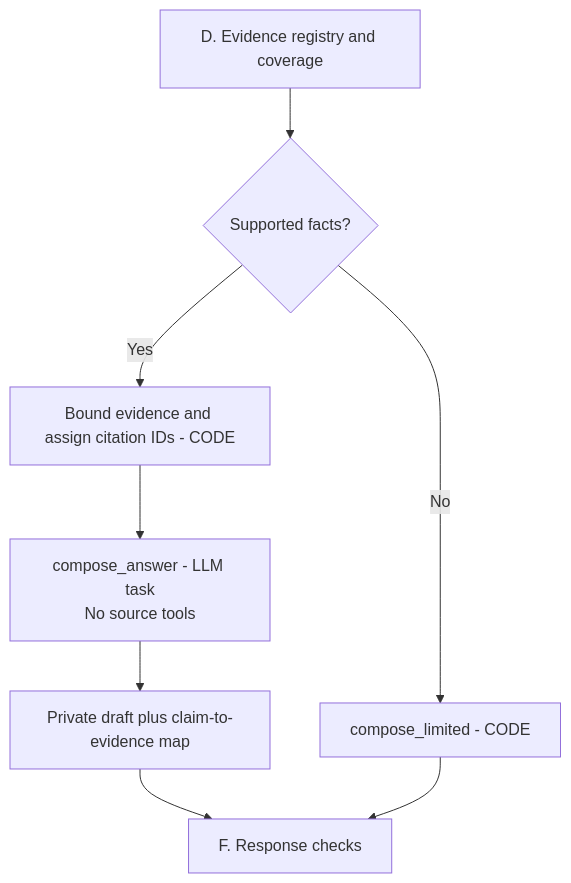
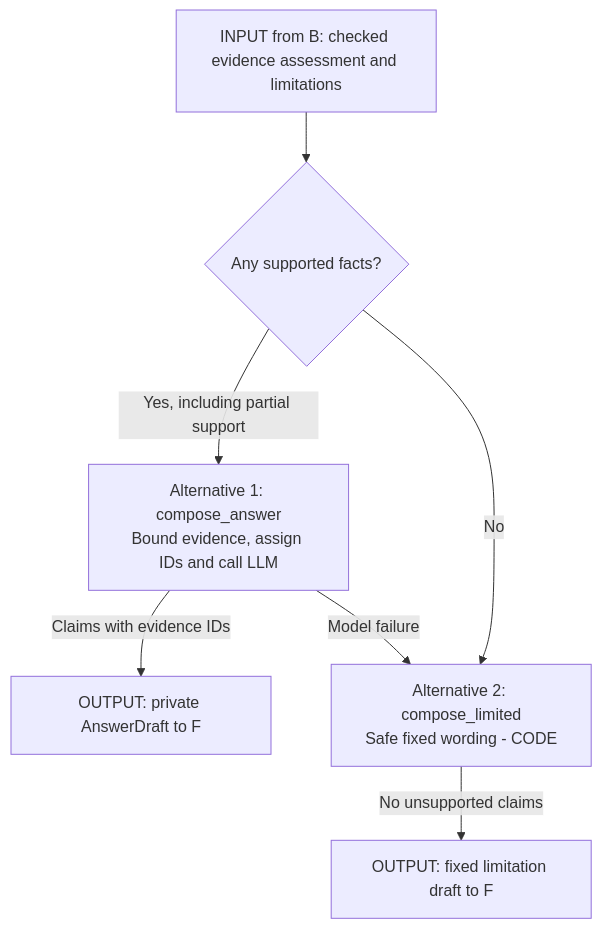
The eighth of 10 diagrams in docs/architecture/low-level-design.md (piyushmaps/interview_proj), drawn with Mermaid before and after one commit. The commit also changed other lines of this file, not shown here.

````diff
--- a/docs/architecture/low-level-design.md
+++ b/docs/architecture/low-level-design.md
@@ -724,10 +833,9 @@
 ```mermaid
 flowchart TD
-    IN[D. Evidence registry and coverage] --> HAS{Supported facts?}
-    HAS -->|Yes| PROMPT[Bound evidence and assign citation IDs - CODE]
-    PROMPT --> MODEL[compose_answer - LLM task<br/>No source tools]
-    MODEL --> PRIVATE[Private draft plus claim-to-evidence map]
-    HAS -->|No| LIMITED[compose_limited - CODE]
-    PRIVATE --> F[F. Response checks]
-    LIMITED --> F
+    IN[INPUT from B: checked evidence assessment and limitations] --> HAS{Any supported facts?}
+    HAS -->|Yes, including partial support| MODEL[Alternative 1: compose_answer<br/>Bound evidence, assign IDs and call LLM]
+    MODEL -->|Claims with evidence IDs| PRIVATE[OUTPUT: private AnswerDraft to F]
+    MODEL -->|Model failure| LIMITED[Alternative 2: compose_limited<br/>Safe fixed wording - CODE]
+    HAS -->|No| LIMITED
+    LIMITED -->|No unsupported claims| FIXED[OUTPUT: fixed limitation draft to F]
 ```
````
